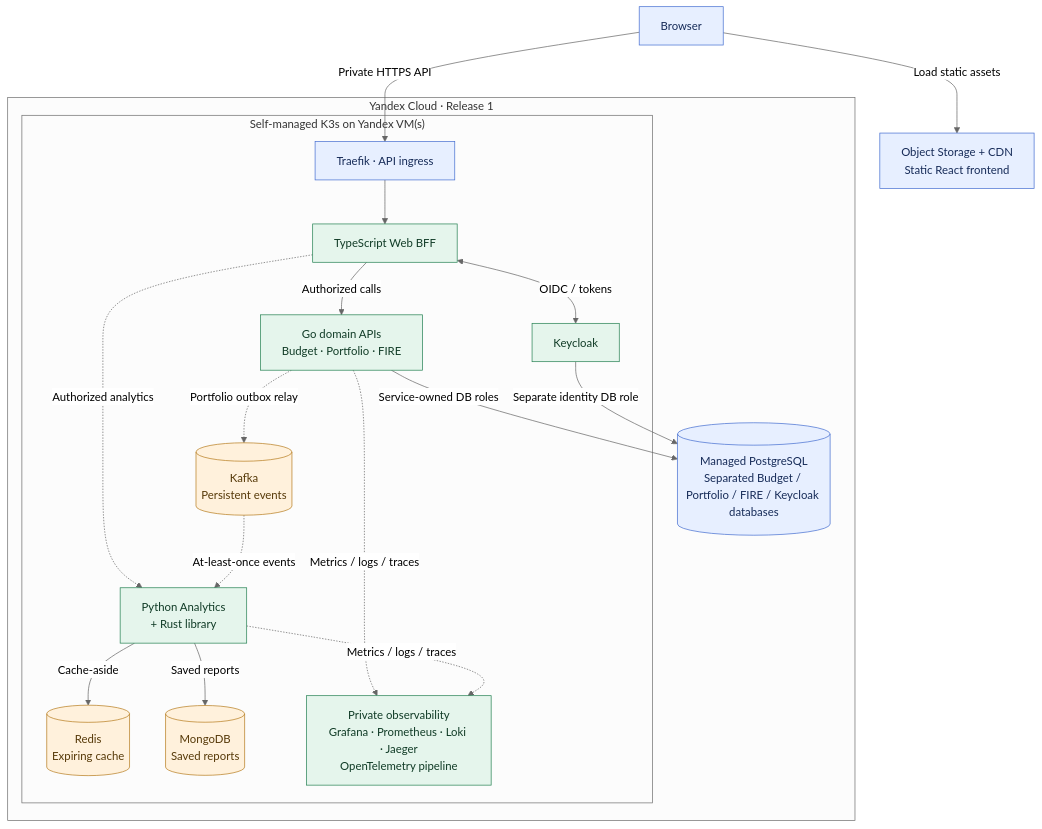
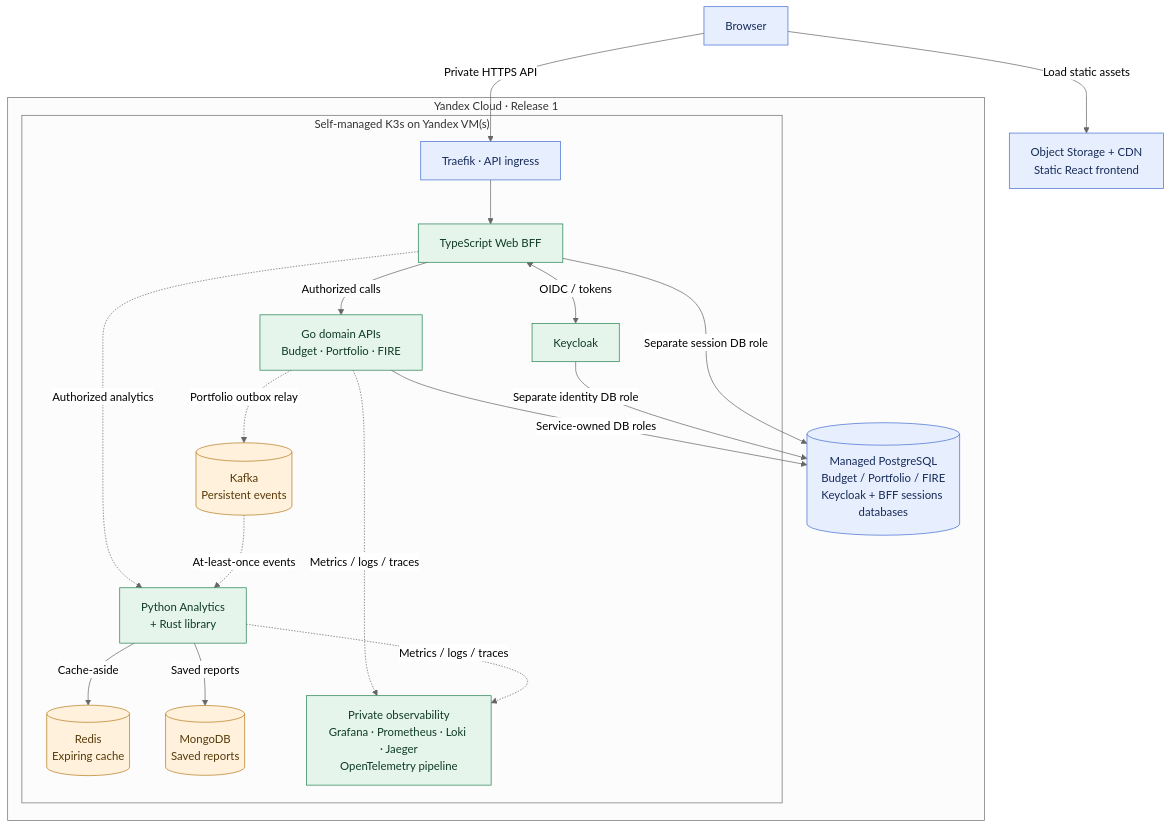
The diagram in docs/architecture/decisions/0018-hybrid-managed-postgresql-k3s-platform-state.md (anton415/finance-lab), drawn with Mermaid (neutral theme) before and after one commit. The commit also changed other lines of this file and 8 other files, not shown here.

First line of the commit message:
docs(architecture): accept ADR-023 PostgreSQL BFF sessions

````diff
--- a/docs/architecture/decisions/0018-hybrid-managed-postgresql-k3s-platform-state.md
+++ b/docs/architecture/decisions/0018-hybrid-managed-postgresql-k3s-platform-state.md
@@ -43,44 +44,45 @@
 ```mermaid
 flowchart TD
     WEB["Browser"]
     CDN["Object Storage + CDN<br/>Static React frontend"]
 
     subgraph YC["Yandex Cloud · Release 1"]
-        PG[("Managed PostgreSQL<br/>Separated Budget / Portfolio / FIRE / Keycloak databases")]
+        PG[("Managed PostgreSQL<br/>Budget / Portfolio / FIRE<br/>Keycloak + BFF sessions databases")]
 
         subgraph K3S["Self-managed K3s on Yandex VM(s)"]
             TRAEFIK["Traefik · API ingress"]
             BFF["TypeScript Web BFF"]
             GO["Go domain APIs<br/>Budget · Portfolio · FIRE"]
             ANALYTICS["Python Analytics<br/>+ Rust library"]
             KEYCLOAK["Keycloak"]
             KAFKA[("Kafka<br/>Persistent events")]
             REDIS[("Redis<br/>Expiring cache")]
             MONGO[("MongoDB<br/>Saved reports")]
             OBS["Private observability<br/>Grafana · Prometheus · Loki · Jaeger<br/>OpenTelemetry pipeline"]
         end
     end
 
     WEB -->|"Load static assets"| CDN
     WEB -->|"Private HTTPS API"| TRAEFIK
     TRAEFIK --> BFF
     BFF -->|"Authorized calls"| GO
     BFF -.->|"Authorized analytics"| ANALYTICS
     BFF <-->|"OIDC / tokens"| KEYCLOAK
     GO -->|"Service-owned DB roles"| PG
     KEYCLOAK -->|"Separate identity DB role"| PG
+    BFF -->|"Separate session DB role"| PG
     GO -.->|"Portfolio outbox relay"| KAFKA
     KAFKA -.->|"At-least-once events"| ANALYTICS
     ANALYTICS -->|"Cache-aside"| REDIS
     ANALYTICS -->|"Saved reports"| MONGO
     GO -.->|"Metrics / logs / traces"| OBS
     ANALYTICS -.->|"Metrics / logs / traces"| OBS
 
     classDef service fill:#E5F5EC,stroke:#278254,color:#103B26;
     classDef managed fill:#E7EFFF,stroke:#466FD1,color:#162B58;
     classDef state fill:#FFF1DC,stroke:#B77D20,color:#563908;
     class WEB,CDN,TRAEFIK managed;
     class BFF,GO,ANALYTICS,KEYCLOAK,OBS service;
     class PG managed;
     class KAFKA,REDIS,MONGO state;
 ```
````
